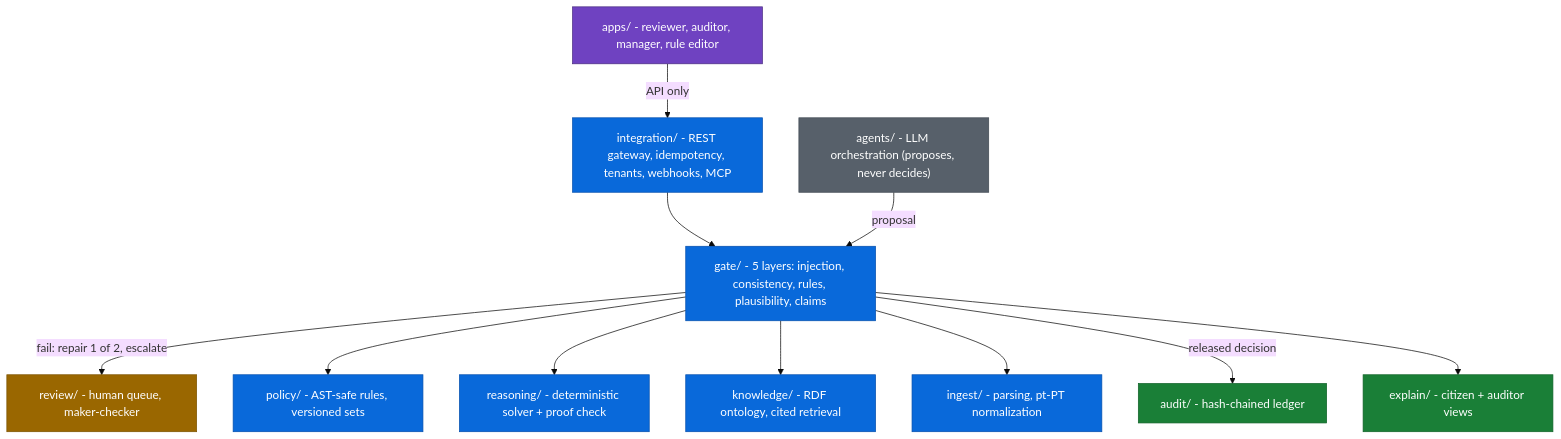
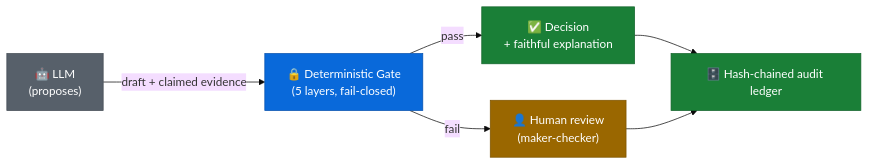
One commit to rafaelcontente/AMALIA-NeSyOps changed the first of 2 diagrams in README.md. Above: the diagram before and after it, drawn with Mermaid (base theme). The commit also changed other lines of this file, not shown here.

Commit message:
docs: rewrite README from scratch with senior narrative (problem/idea/principles/anatomy/proof/ops/compliance/FAQ/governance)

````diff
--- a/README.md
+++ b/README.md
@@ -73,31 +29,18 @@
 ```mermaid
-flowchart TD
-    APPS["apps/ - reviewer, auditor, manager, rule editor"]:::iface
-    INT["integration/ - REST gateway, idempotency, tenants, webhooks, MCP"]:::pipe
-    GATE["gate/ - 5 layers: injection, consistency, rules, plausibility, claims"]:::pipe
-    REVIEW["review/ - human queue, maker-checker"]:::human
-    POL["policy/ - AST-safe rules, versioned sets"]:::pipe
-    REA["reasoning/ - deterministic solver + proof check"]:::pipe
-    KNO["knowledge/ - RDF ontology, cited retrieval"]:::pipe
-    ING["ingest/ - parsing, pt-PT normalization"]:::pipe
-    AGENTS["agents/ - LLM orchestration (proposes, never decides)"]:::llm
-    AUD["audit/ - hash-chained ledger"]:::evid
-    EXP["explain/ - citizen + auditor views"]:::evid
-
-    APPS -->|API only| INT
-    INT --> GATE
-    GATE -->|fail: repair 1 of 2, escalate| REVIEW
-    GATE --> POL
-    GATE --> REA
-    GATE --> KNO
-    GATE --> ING
-    AGENTS -->|proposal| GATE
-    GATE -->|released decision| AUD
-    GATE --> EXP
-
-    classDef iface fill:#6f42c1,stroke:#4b2e83,color:#fff
-    classDef pipe  fill:#0969da,stroke:#0550ae,color:#fff
-    classDef evid  fill:#1a7f37,stroke:#116329,color:#fff
-    classDef human fill:#9a6700,stroke:#7d5400,color:#fff
-    classDef llm   fill:#57606a,stroke:#424a53,color:#fff
+flowchart LR
+    LLM["🤖 LLM<br/>(proposes)"] -->|draft + claimed evidence| GATE["🔒 Deterministic Gate<br/>(5 layers, fail-closed)"]
+    GATE -->|pass| DEC["✅ Decision<br/>+ faithful explanation"]
+    GATE -->|fail| HUM["👤 Human review<br/>(maker-checker)"]
+    DEC --> AUD["🗄️ Hash-chained audit ledger"]
+    HUM --> AUD
+    classDef llm fill:#57606a,stroke:#424a53,color:#fff
+    classDef gate fill:#0969da,stroke:#0550ae,color:#fff
+    classDef dec fill:#1a7f37,stroke:#116329,color:#fff
+    classDef hum fill:#9a6700,stroke:#7d5400,color:#fff
+    classDef aud fill:#1a7f37,stroke:#116329,color:#fff
+    class LLM llm
+    class GATE gate
+    class DEC dec
+    class HUM hum
+    class AUD aud
 ```
````
